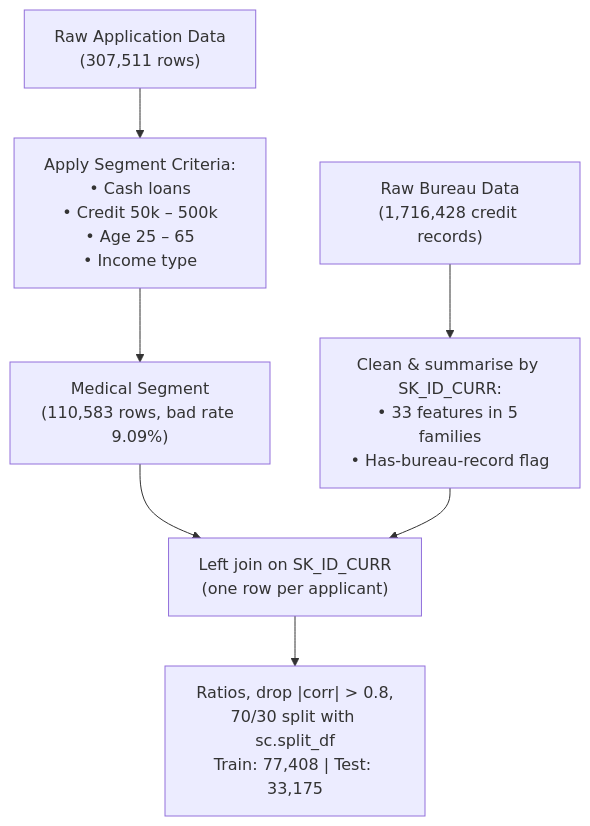
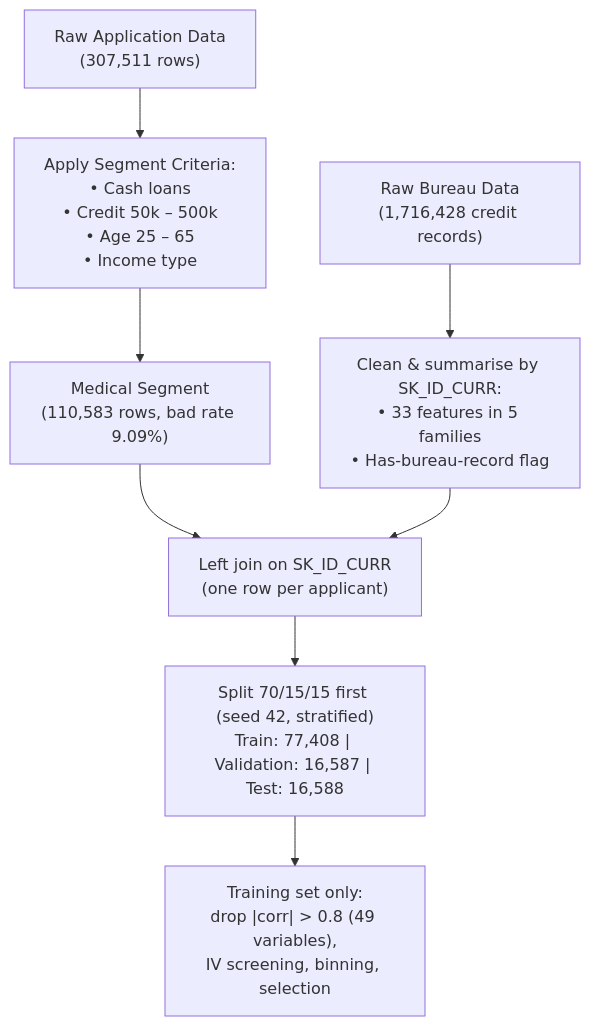
The first of 2 diagrams in IS453_Group_7_Combined_Notebook_Writeup.md (AmateurMadman/is453-group7-credit-scorecard), drawn with Mermaid before and after one commit. The commit also changed other lines of this file and 2 other files, not shown here.

````diff
--- a/IS453_Group_7_Combined_Notebook_Writeup.md
+++ b/IS453_Group_7_Combined_Notebook_Writeup.md
@@ -67,9 +89,10 @@
 ```mermaid
 flowchart TD
     A["Raw Application Data<br>(307,511 rows)"] --> B["Apply Segment Criteria:<br>• Cash loans<br>• Credit 50k – 500k<br>• Age 25 – 65<br>• Income type"]
     B --> C["Medical Segment<br>(110,583 rows, bad rate 9.09%)"]
     D["Raw Bureau Data<br>(1,716,428 credit records)"] --> E["Clean & summarise by SK_ID_CURR:<br>• 33 features in 5 families<br>• Has-bureau-record flag"]
     C --> F["Left join on SK_ID_CURR<br>(one row per applicant)"]
     E --> F
-    F --> G["Ratios, drop |corr| > 0.8,<br>70/30 split with sc.split_df<br>Train: 77,408 | Test: 33,175"]
+    F --> G["Split 70/15/15 first (seed 42, stratified)<br>Train: 77,408 | Validation: 16,587 | Test: 16,588"]
+    G --> H["Training set only:<br>drop |corr| > 0.8 (49 variables),<br>IV screening, binning, selection"]
 ```
````
